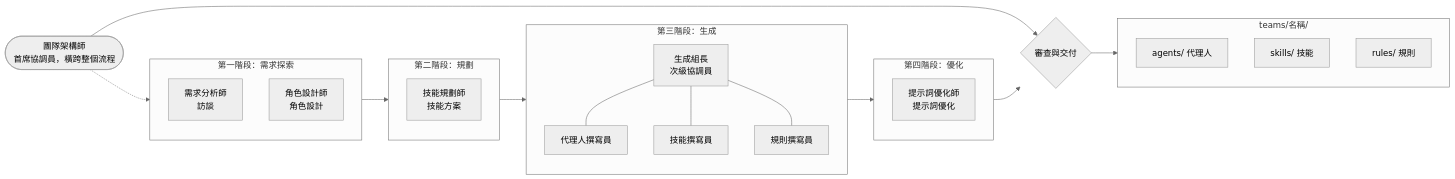
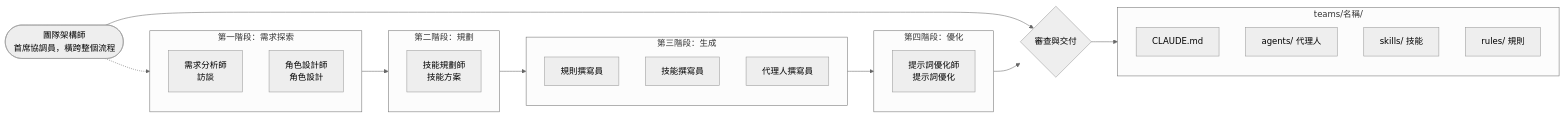
Before and after one commit to febreyfebrey/A-Team: the second of 2 diagrams in readme.md, drawn with Mermaid (neutral theme). The commit also changed other lines of this file and 8 other files, not shown here.

````diff
--- a/readme.md
+++ b/readme.md
@@ -187,52 +247,50 @@
 ```mermaid
 flowchart LR
     %% 總架構師
     TA([團隊架構師 <br/> 首席協調員，橫跨整個流程])
 
     %% 第一階段
     subgraph P1 [第一階段：需求探索]
         direction TB
         RA[需求分析師 <br/> 訪談]
         RD[角色設計師 <br/> 角色設計]
     end
 
     %% 第二階段
     subgraph P2 [第二階段：規劃]
         SP[技能規劃師 <br/> 技能方案]
     end
 
     %% 第三階段
     subgraph P3 [第三階段：生成]
         direction TB
-        GL[生成組長 <br/> 次級協調員]
+        RW[規則撰寫員]
+        SW[技能撰寫員]
         AW[代理人撰寫員]
-        SW[技能撰寫員]
-        RW[規則撰寫員]
-        
-        GL --- AW & SW & RW
     end
 
     %% 第四階段
     subgraph P4 [第四階段：優化]
         PO[提示詞優化師 <br/> 提示詞優化]
     end
 
     %% 最後交付
     RD_OUT{審查與交付}
-    
+
     subgraph DIR [teams/名稱/]
         direction TB
+        claude_md[CLAUDE.md]
         agents[agents/ 代理人]
         skills[skills/ 技能]
         rules[rules/ 規則]
     end
 
     %% 連線邏輯
     TA -.-> P1
     P1 --> P2
     P2 --> P3
     P3 --> P4
     P4 --> RD_OUT
     TA ----> RD_OUT
     RD_OUT --> DIR
 ```
````
